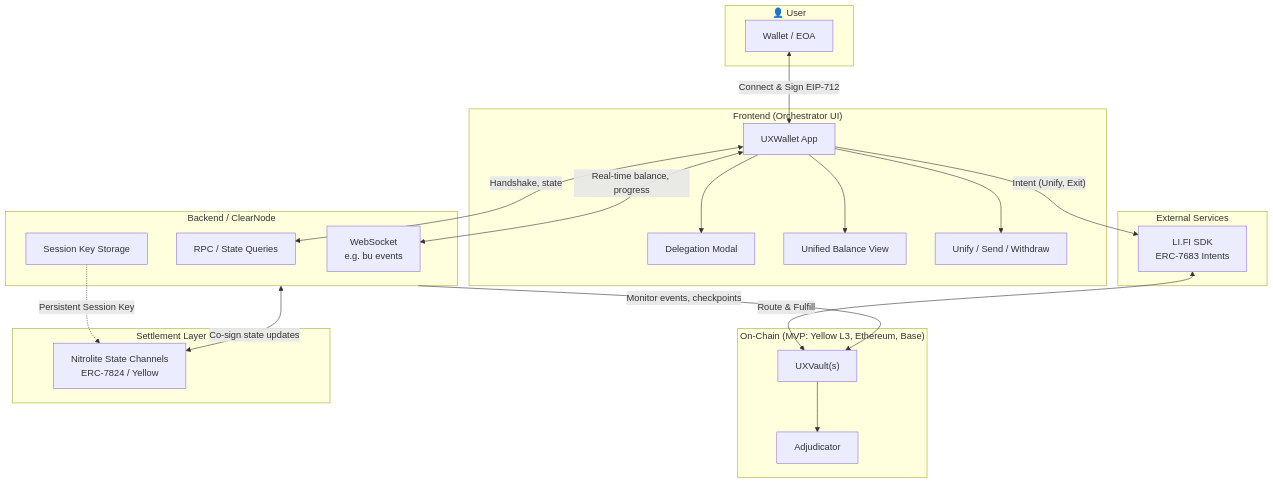
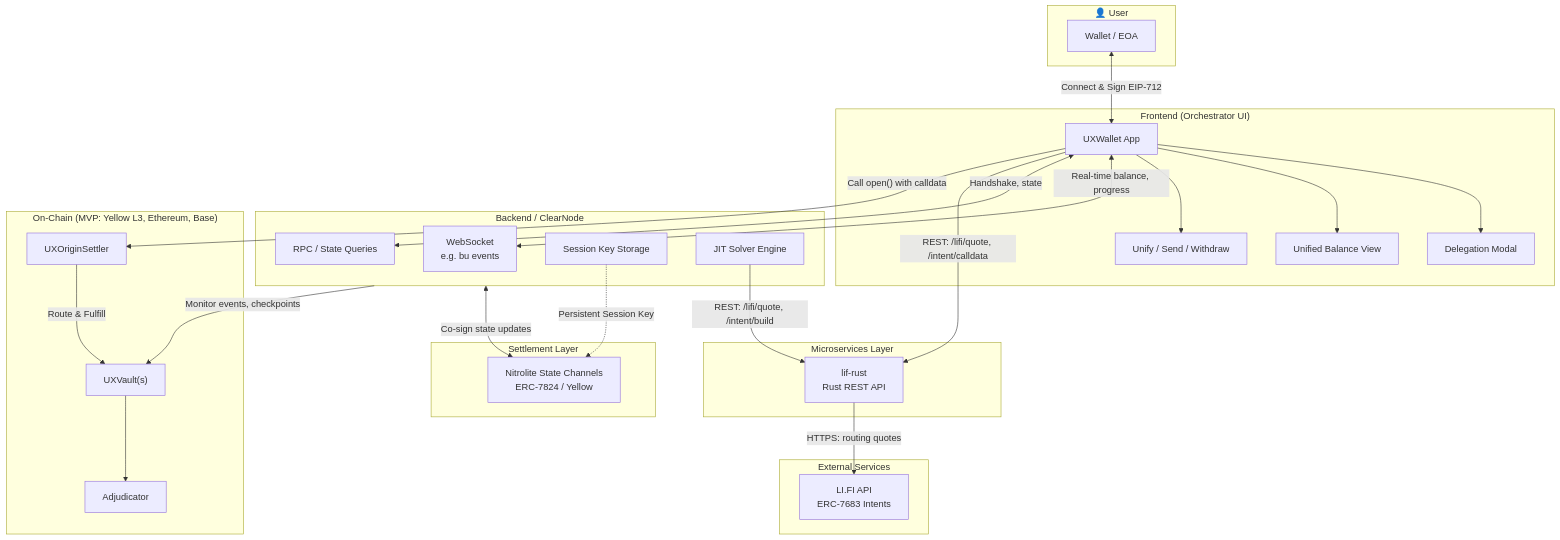
The first of 5 diagrams in .context/diagrams.md (0xarcano/UXWallet), drawn with Mermaid before and after one commit. The commit also changed other lines of this file and 9 other files, not shown here.

Commit message:
(docs): update documentation with the Lif-rust integration docs

````diff
--- a/.context/diagrams.md
+++ b/.context/diagrams.md
@@ -9,42 +9,51 @@
 ```mermaid
 flowchart TB
     subgraph User["👤 User"]
         Wallet[Wallet / EOA]
     end
 
     subgraph Frontend["Frontend (Orchestrator UI)"]
         UI[UXWallet App]
         UI --> Delegation[Delegation Modal]
         UI --> Balance[Unified Balance View]
         UI --> Unify[Unify / Send / Withdraw]
     end
 
+    subgraph Microservices["Microservices Layer"]
+        LIFRUST[lif-rust\nRust REST API]
+    end
+
     subgraph External["External Services"]
-        LIFI[LI.FI SDK\nERC-7683 Intents]
+        LIFIAPI[LI.FI API\nERC-7683 Intents]
     end
 
     subgraph Backend["Backend / ClearNode"]
         WS[WebSocket\n e.g. bu events]
         RPC[RPC / State Queries]
         KMS[Session Key Storage]
+        Solver[JIT Solver Engine]
     end
 
     subgraph Contracts["On-Chain (MVP: Yellow L3, Ethereum, Base)"]
         Vault["UXVault(s)"]
         Adjudicator[Adjudicator]
+        OriginSettler[UXOriginSettler]
         Vault --> Adjudicator
     end
 
     subgraph Settlement["Settlement Layer"]
         Nitrolite[Nitrolite State Channels\nERC-7824 / Yellow]
     end
 
     Wallet <-->|Connect & Sign EIP-712| UI
     UI <-->|Real-time balance, progress| WS
     UI <-->|Handshake, state| RPC
-    UI -->|"Intent (Unify, Exit)"| LIFI
-    LIFI <-->|Route & Fulfill| Vault
+    UI -->|"REST: /lifi/quote, /intent/calldata"| LIFRUST
+    Solver -->|"REST: /lifi/quote, /intent/build"| LIFRUST
+    LIFRUST -->|"HTTPS: routing quotes"| LIFIAPI
+    UI -->|"Call open() with calldata"| OriginSettler
+    OriginSettler -->|"Route & Fulfill"| Vault
     Backend <-->|Co-sign state updates| Nitrolite
     Backend -->|Monitor events, checkpoints| Vault
     KMS -.->|Persistent Session Key| Nitrolite
 ```
````
